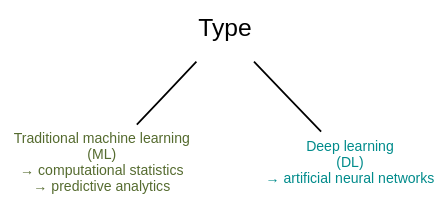
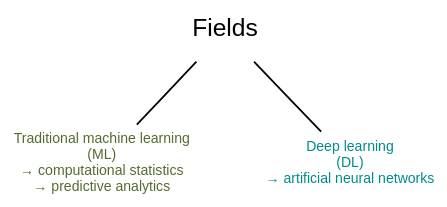
The first of 23 diagrams in ml/frameworks_slides.qmd (WestDRI/arc-training), drawn with Graphviz before and after one commit. The commit also changed other lines of this file, not shown here.

````diff
--- a/ml/frameworks_slides.qmd
+++ b/ml/frameworks_slides.qmd
@@ -29,15 +41,15 @@
 ```{dot}
 //| echo: false
 
 strict graph {
   
 bgcolor="transparent"
 node [fontname="Inconsolata, sans-serif", shape=plaintext]
 
 "Traditional machine learning\n(ML)\n→ computational statistics\n→ predictive analytics" [URL="https://en.wikipedia.org/wiki/Computational_statistics", fontsize=8, fontcolor=darkolivegreen]
 "Deep learning\n(DL)\n→ artificial neural networks" [URL="https://en.wikipedia.org/wiki/Deep_learning", fontsize=8, fontcolor=darkcyan]
 
-Type -- {"Traditional machine learning\n(ML)\n→ computational statistics\n→ predictive analytics" "Deep learning\n(DL)\n→ artificial neural networks"}
+Fields -- {"Traditional machine learning\n(ML)\n→ computational statistics\n→ predictive analytics" "Deep learning\n(DL)\n→ artificial neural networks"}
 
 }
 ```
````
